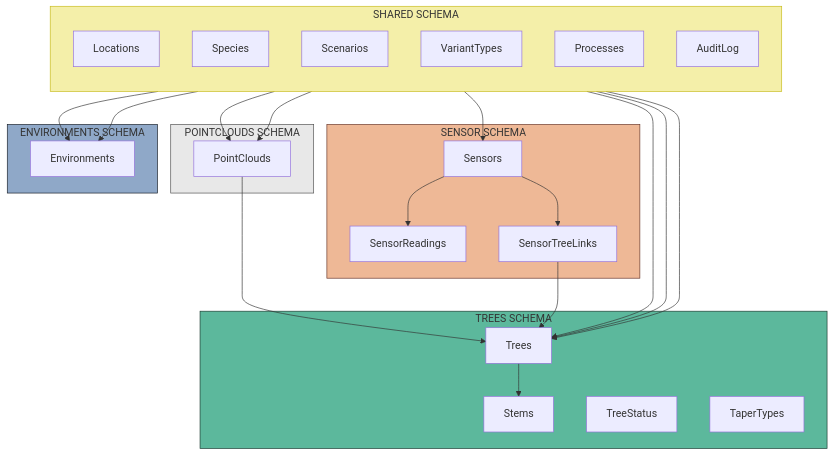
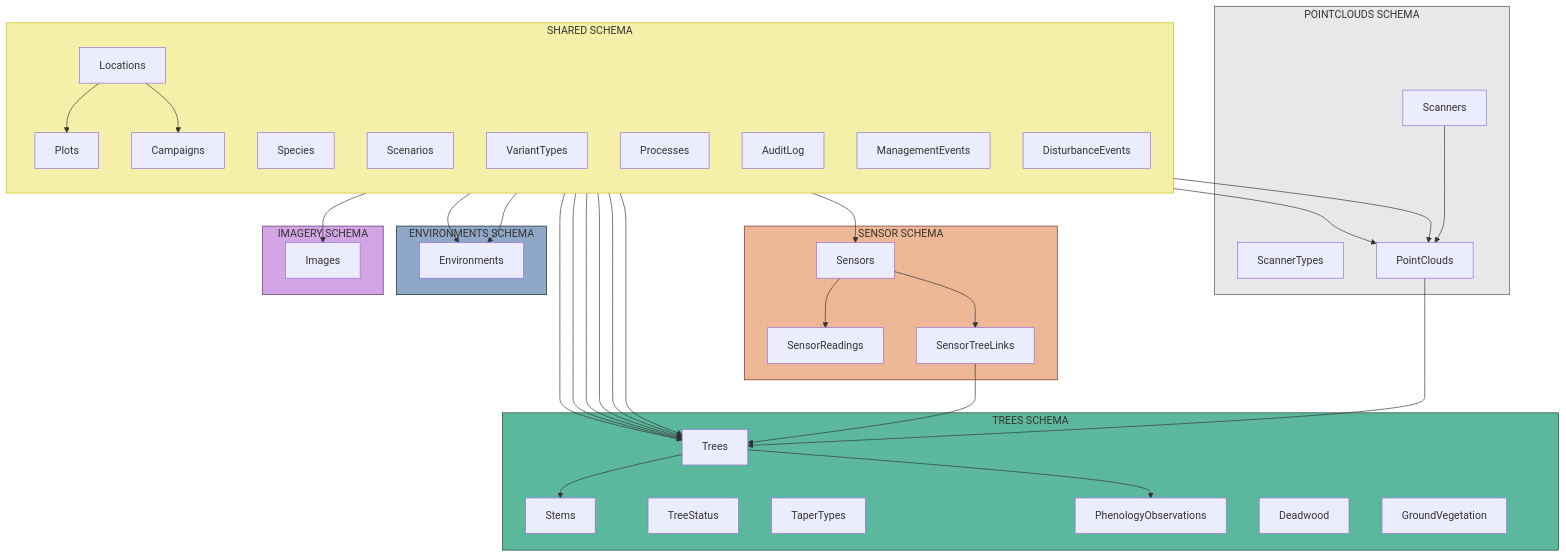
The first of 7 diagrams in docs/database-overview.md (XRFutureForests/digital-twin-db), drawn with Mermaid before and after one commit. The commit also changed other lines of this file and 25 other files, not shown here.

Commit message:
feat: Add Campaigns table for data collection events and enhance Trees schema with new measurement fields

````diff
--- a/docs/database-overview.md
+++ b/docs/database-overview.md
@@ -25,54 +25,76 @@
 ```mermaid
 flowchart TB
     subgraph shared["SHARED SCHEMA"]
         direction TB
         Locations["Locations"]
+        Plots["Plots"]
         Species["Species"]
         Scenarios["Scenarios"]
         VariantTypes["VariantTypes"]
+        Campaigns["Campaigns"]
         Processes["Processes"]
         AuditLog["AuditLog"]
+        ManagementEvents["ManagementEvents"]
+        DisturbanceEvents["DisturbanceEvents"]
     end
 
     subgraph pointclouds["POINTCLOUDS SCHEMA"]
+        ScannerTypes["ScannerTypes"]
+        Scanners["Scanners"]
         PointClouds["PointClouds"]
     end
 
     subgraph trees["TREES SCHEMA"]
         Trees["Trees"]
         Stems["Stems"]
         TreeStatus["TreeStatus"]
         TaperTypes["TaperTypes"]
+        PhenologyObservations["PhenologyObservations"]
+        Deadwood["Deadwood"]
+        GroundVegetation["GroundVegetation"]
     end
 
     subgraph sensor["SENSOR SCHEMA"]
         Sensors["Sensors"]
         SensorReadings["SensorReadings"]
         SensorTreeLinks["SensorTreeLinks"]
     end
 
     subgraph environments["ENVIRONMENTS SCHEMA"]
         Environments["Environments"]
     end
 
+    subgraph imagery["IMAGERY SCHEMA"]
+        Images["Images"]
+    end
+
     %% Cross-schema relationships
+    Locations --> Plots
     Locations --> PointClouds
     Locations --> Trees
     Locations --> Sensors
     Locations --> Environments
+    Locations --> Campaigns
+    Locations --> Images
+    Plots --> Trees
     Species --> Trees
     Scenarios --> PointClouds
     Scenarios --> Trees
     Scenarios --> Environments
+    Campaigns --> Trees
     PointClouds --> Trees
     Trees --> Stems
+    Trees --> PhenologyObservations
+    DisturbanceEvents --> Trees
+    Scanners --> PointClouds
     Sensors --> SensorReadings
     Sensors --> SensorTreeLinks
     SensorTreeLinks --> Trees
 
     style shared fill:#F4EFA9,stroke:#c7bb1a
     style pointclouds fill:#e8e8e8,stroke:#4f4f4f
     style trees fill:#5CB89C,stroke:#19392f
     style sensor fill:#eeb896,stroke:#673428
     style environments fill:#8fa8c8,stroke:#181d26
+    style imagery fill:#d4a5e5,stroke:#5a2d6a
 ```
````
